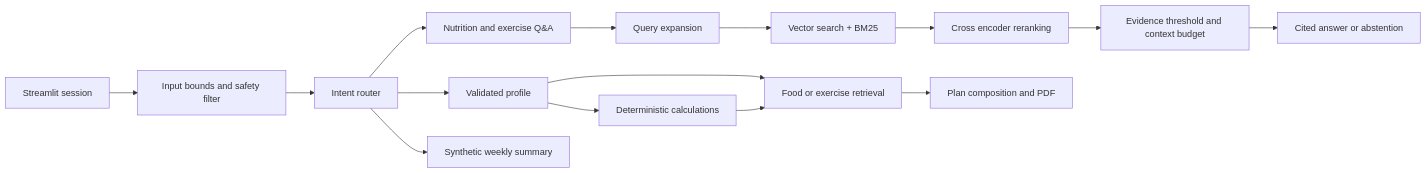
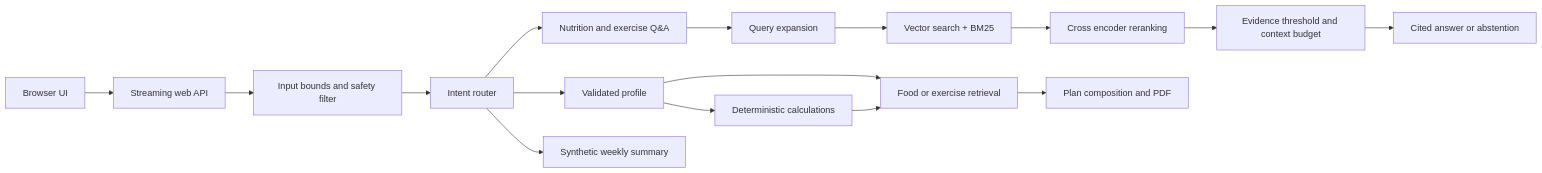
The diagram in README.md (ripunjay-kashyap/zenic), drawn with Mermaid before and after one commit. The commit also changed other lines of this file and 39 other files, not shown here.

````diff
--- a/README.md
+++ b/README.md
@@ -25,17 +19,18 @@
 ```mermaid
 flowchart LR
-    UI[Streamlit session] --> Safety[Input bounds and safety filter]
+    UI[Browser UI] --> API[Streaming web API]
+    API --> Safety[Input bounds and safety filter]
     Safety --> Router[Intent router]
     Router --> RAG[Nutrition and exercise Q&A]
     RAG --> Expand[Query expansion]
     Expand --> Hybrid[Vector search + BM25]
     Hybrid --> Rank[Cross encoder reranking]
     Rank --> Evidence[Evidence threshold and context budget]
     Evidence --> Answer[Cited answer or abstention]
     Router --> Profile[Validated profile]
     Profile --> Calc[Deterministic calculations]
     Profile --> Plans[Food or exercise retrieval]
     Calc --> Plans
     Plans --> PDF[Plan composition and PDF]
     Router --> Demo[Synthetic weekly summary]
 ```
````
